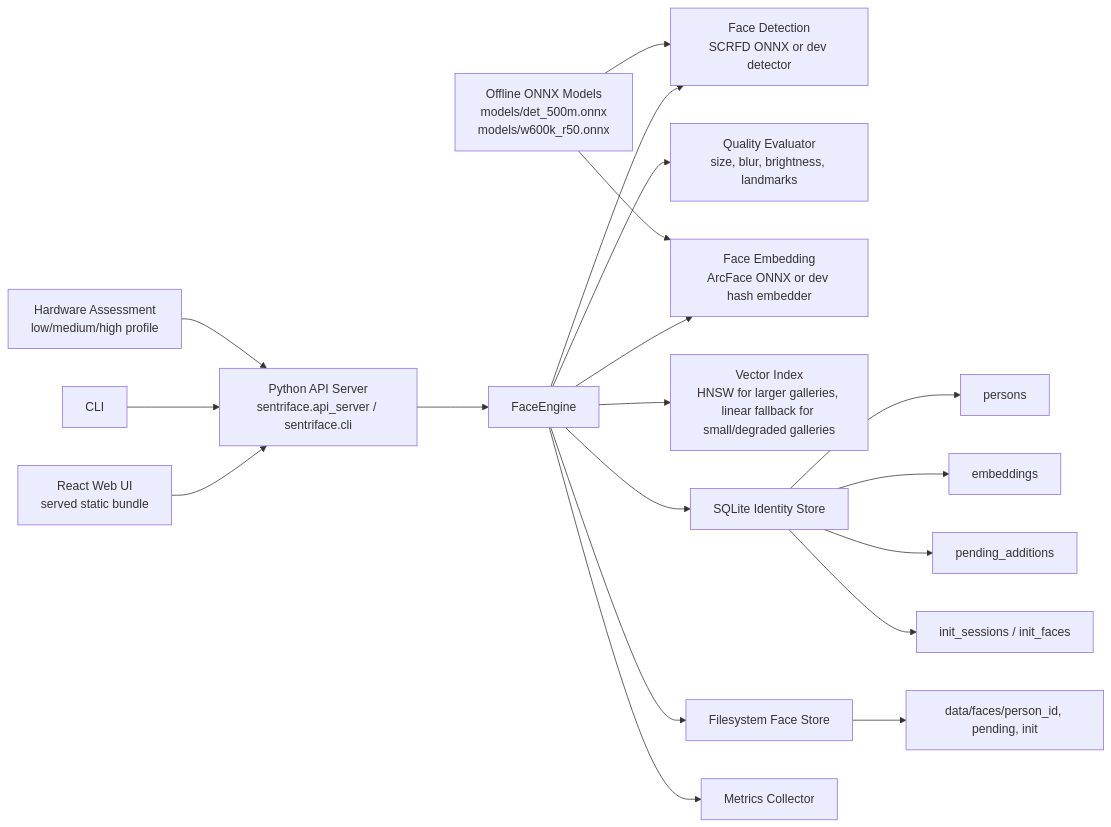
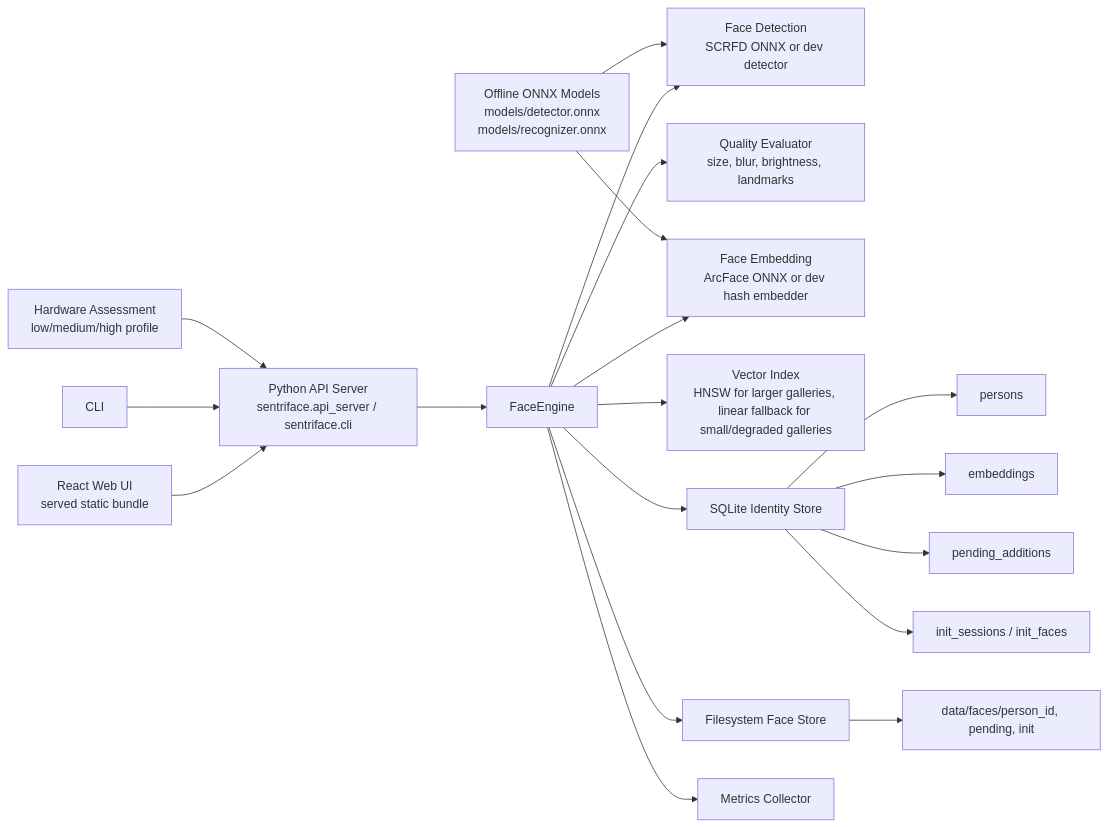
One commit to suraj-singh12/sentri-face-edge changed the second of 2 diagrams in README.md. Above: the diagram before and after it, drawn with Mermaid. The commit also changed other lines of this file and 59 other files, not shown here.

````diff
--- a/README.md
+++ b/README.md
@@ -64,24 +64,24 @@
 ```mermaid
 flowchart LR
     UI["React Web UI\nserved static bundle"] --> Controller["Python API Server\nsentriface.api_server / sentriface.cli"]
     CLI["CLI"] --> Controller
     Controller --> Engine["FaceEngine"]
 
     Engine --> Detector["Face Detection\nSCRFD ONNX or dev detector"]
     Engine --> Quality["Quality Evaluator\nsize, blur, brightness, landmarks"]
     Engine --> Embedder["Face Embedding\nArcFace ONNX or dev hash embedder"]
     Engine --> Index["Vector Index\nHNSW for larger galleries, linear fallback for small/degraded galleries"]
     Engine --> Store["SQLite Identity Store"]
     Engine --> Files["Filesystem Face Store"]
     Engine --> Metrics["Metrics Collector"]
 
     Store --> Persons["persons"]
     Store --> Embeddings["embeddings"]
     Store --> Pending["pending_additions"]
     Store --> InitSessions["init_sessions / init_faces"]
     Files --> Crops["data/faces/person_id, pending, init"]
 
     Config["Hardware Assessment\nlow/medium/high profile"] --> Controller
-    Models["Offline ONNX Models\nmodels/det_500m.onnx\nmodels/w600k_r50.onnx"] --> Detector
+    Models["Offline ONNX Models\nmodels/detector.onnx\nmodels/recognizer.onnx"] --> Detector
     Models --> Embedder
 ```
````
